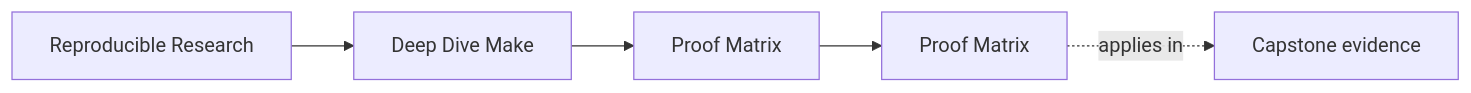
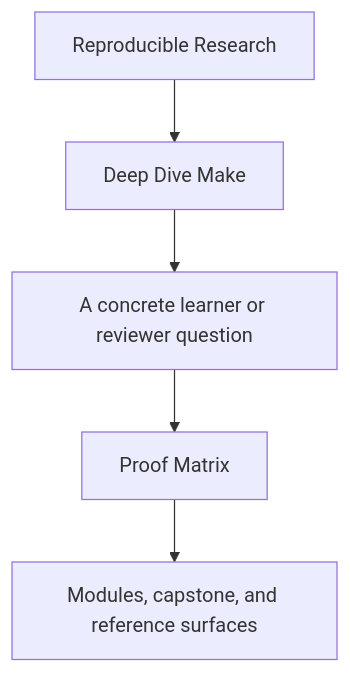
Before and after one commit to bijux/bijux-masterclass: the first of 2 diagrams in programs/reproducible-research/deep-dive-make/course-book/guides/proof-matrix.md, drawn with Mermaid. The commit also changed other lines of this file and 29 other files, not shown here.

Commit message:
docs(deep-dive-make): sharpen guide and reference diagrams

````diff
--- a/programs/reproducible-research/deep-dive-make/course-book/guides/proof-matrix.md
+++ b/programs/reproducible-research/deep-dive-make/course-book/guides/proof-matrix.md
@@ -9,11 +9,7 @@
 ```mermaid
-graph LR
-  family["Reproducible Research"]
-  program["Deep Dive Make"]
-  section["Proof Matrix"]
-  page["Proof Matrix"]
-  capstone["Capstone evidence"]
-
-  family --> program --> section --> page
-  page -.applies in.-> capstone
+flowchart TD
+  family["Reproducible Research"] --> program["Deep Dive Make"]
+  program --> pressure["A concrete learner or reviewer question"]
+  pressure --> guide["Proof Matrix"]
+  guide --> next["Modules, capstone, and reference surfaces"]
 ```
````
